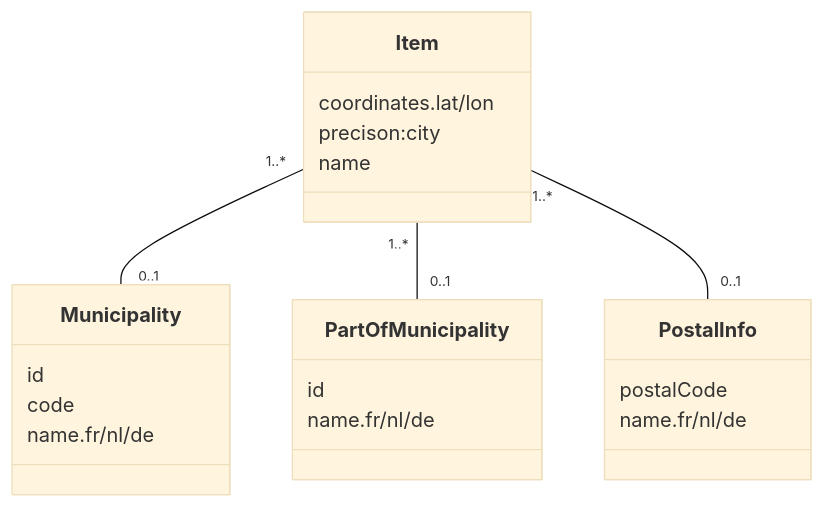
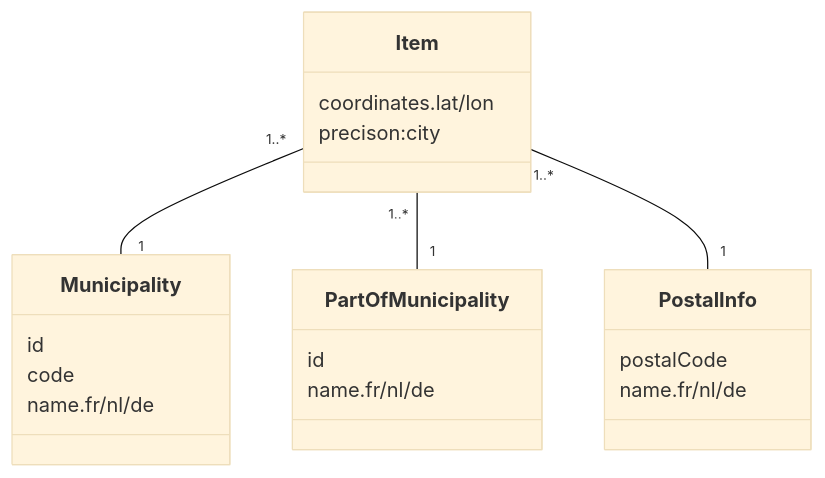
One commit to SmalsResearch/bePelias changed the fourth of 9 diagrams in README.md. Above: the diagram before and after it, drawn with Mermaid (base theme). The commit also changed other lines of this file and 2 other files, not shown here.

````diff
--- a/README.md
+++ b/README.md
@@ -414,25 +442,24 @@
 ```mermaid 
 classDiagram
 class Item {
     coordinates.lat/lon
     precison:city
-    name
 }
 class Municipality {
     id
     code
     name.fr/nl/de
 }
 class PostalInfo {
     postalCode
     name.fr/nl/de
 }
 class PartOfMunicipality{
     id
     name.fr/nl/de
 }
 
-Item "1..*" -- "0..1" Municipality
-Item "1..*" -- "0..1" PartOfMunicipality
-Item "1..*" -- "0..1" PostalInfo
+Item "1..*" -- "1" Municipality
+Item "1..*" -- "1" PartOfMunicipality
+Item "1..*" -- "1" PostalInfo
 ```
````
